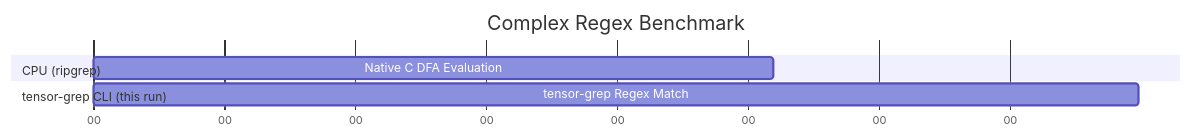
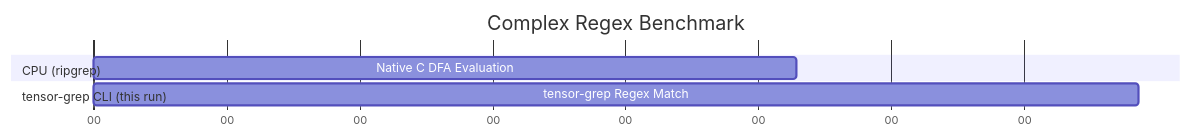
Before and after one commit to oimiragieo/tensor-grep: the second of 3 diagrams in docs/PAPER.md, drawn with Mermaid. The commit also changed other lines of this file and 7 other files, not shown here.

````diff
--- a/docs/PAPER.md
+++ b/docs/PAPER.md
@@ -103,12 +103,12 @@
 ```mermaid
 gantt
     title Complex Regex Benchmark
     dateFormat  s
     axisFormat %S
     
     section CPU (ripgrep)
-    Native C DFA Evaluation :a1, 0, 0.519s
+    Native C DFA Evaluation :a1, 0, 0.529s
     
     section tensor-grep CLI (this run)
-    tensor-grep Regex Match :a2, 0, 0.798s
+    tensor-grep Regex Match :a2, 0, 0.786s
 ```
````
